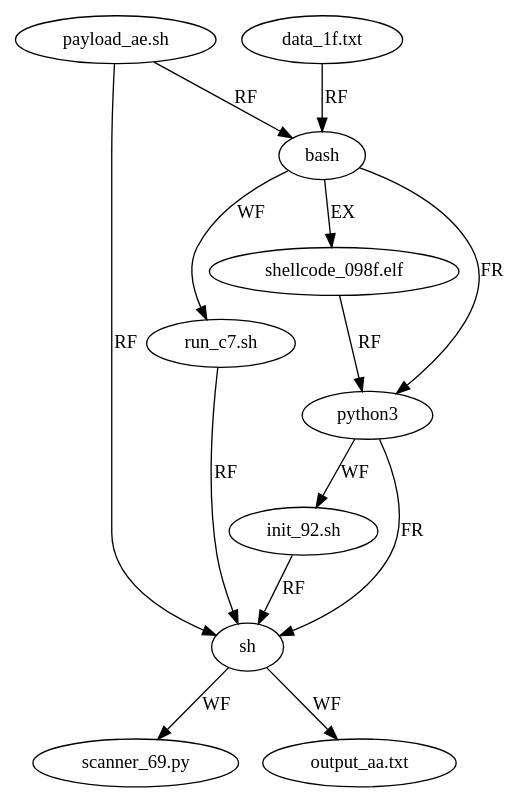
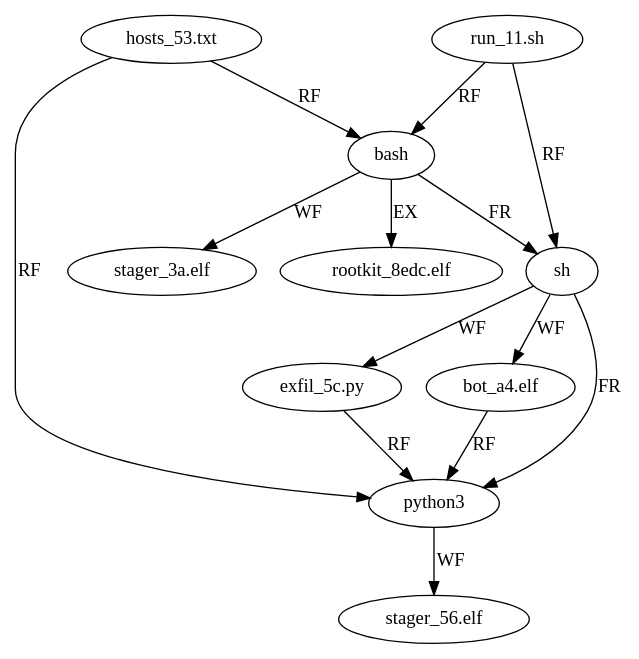
One commit to gianghitran/MARL-VariantHunter-Architecture changed the diagram in Attack_Agent/result_handoff/APT38/clusters/cluster_03_T1197.dot. Above: the diagram before and after it, drawn with Graphviz. The commit also changed 3528 other files, not shown here.

```diff
--- a/Attack_Agent/result_handoff/APT38/clusters/cluster_03_T1197.dot
+++ b/Attack_Agent/result_handoff/APT38/clusters/cluster_03_T1197.dot
@@ -1,25 +1,25 @@
 digraph {
   p0_s3 [label="bash" type=process stage="T1197"]
-  fin0_s3 [label="data_1f.txt" type=file stage="T1197"]
-  fin1_s3 [label="payload_ae.sh" type=file stage="T1197"]
-  p1_s3 [label="python3" type=process stage="T1197"]
-  f0_0_s3 [label="init_92.sh" type=file stage="T1197"]
-  p2_s3 [label="sh" type=process stage="T1197"]
-  f1_0_s3 [label="scanner_69.py" type=file stage="T1197"]
-  f1_1_s3 [label="output_aa.txt" type=file stage="T1197"]
-  fh0_s3 [label="run_c7.sh" type=file stage="T1197"]
-  exec_s3 [label="shellcode_098f.elf" type=file stage="T1197"]
+  fin0_s3 [label="run_11.sh" type=file stage="T1197"]
+  fin1_s3 [label="hosts_53.txt" type=file stage="T1197"]
+  p1_s3 [label="sh" type=process stage="T1197"]
+  f0_0_s3 [label="exfil_5c.py" type=file stage="T1197"]
+  f0_1_s3 [label="bot_a4.elf" type=file stage="T1197"]
+  p2_s3 [label="python3" type=process stage="T1197"]
+  f1_0_s3 [label="stager_56.elf" type=file stage="T1197"]
+  fh0_s3 [label="stager_3a.elf" type=file stage="T1197"]
+  exec_s3 [label="rootkit_8edc.elf" type=file stage="T1197"]
   fin0_s3 -> p0_s3 [label="RF"]
   fin1_s3 -> p0_s3 [label="RF"]
   p0_s3 -> p1_s3 [label="FR"]
   p1_s3 -> f0_0_s3 [label="WF"]
+  p1_s3 -> f0_1_s3 [label="WF"]
+  fin0_s3 -> p1_s3 [label="RF"]
   p1_s3 -> p2_s3 [label="FR"]
   p2_s3 -> f1_0_s3 [label="WF"]
-  p2_s3 -> f1_1_s3 [label="WF"]
   fin1_s3 -> p2_s3 [label="RF"]
   f0_0_s3 -> p2_s3 [label="RF"]
+  f0_1_s3 -> p2_s3 [label="RF"]
   p0_s3 -> fh0_s3 [label="WF"]
   p0_s3 -> exec_s3 [label="EX"]
-  exec_s3 -> p1_s3 [label="RF"]
-  fh0_s3 -> p2_s3 [label="RF"]
 }
```
